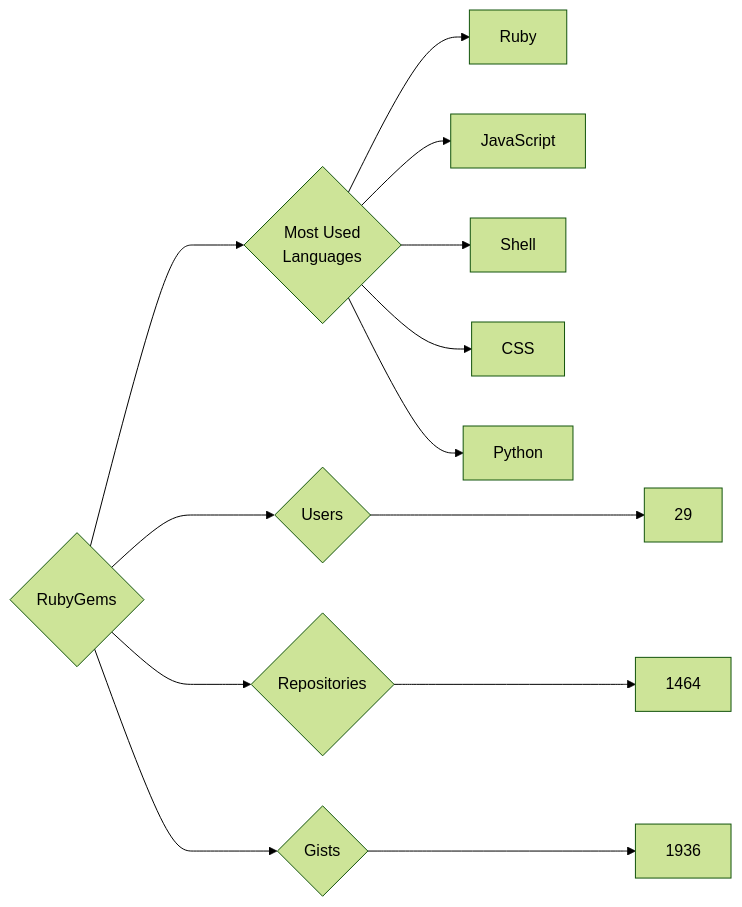
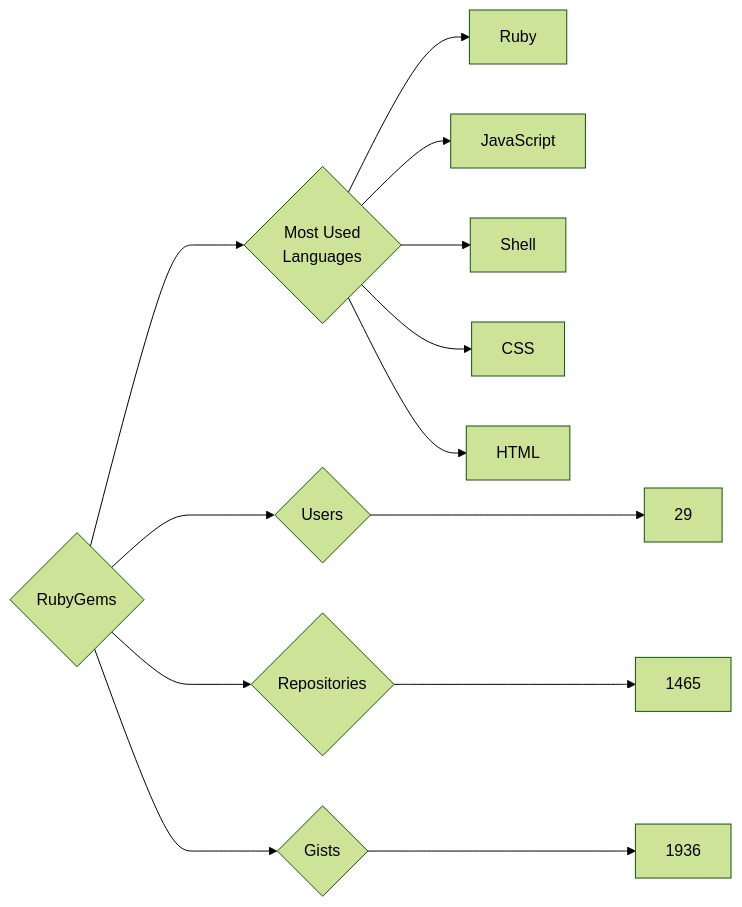
One commit to trickest/insiders changed the diagram in targets/RubyGems/README.md. Above: the diagram before and after it, drawn with Mermaid (forest theme). The commit also changed 765 other files, not shown here.

````diff
--- a/targets/RubyGems/README.md
+++ b/targets/RubyGems/README.md
@@ -3,13 +3,13 @@
 ```mermaid
 graph LR
 COMPANY_NAME{RubyGems}
 COMPANY_NAME ---> U{Users} ---> UN[29]
-COMPANY_NAME ---> R{Repositories} ---> RN[1464]
+COMPANY_NAME ---> R{Repositories} ---> RN[1465]
 COMPANY_NAME ---> G{Gists} ---> GN[1936]
 COMPANY_NAME ---> ML{Most Used<br>Languages}
 ML --> Ruby[Ruby]
 ML --> JavaScript[JavaScript]
 ML --> Shell[Shell]
 ML --> CSS[CSS]
-ML --> Python[Python]
+ML --> HTML[HTML]
 ```
````
